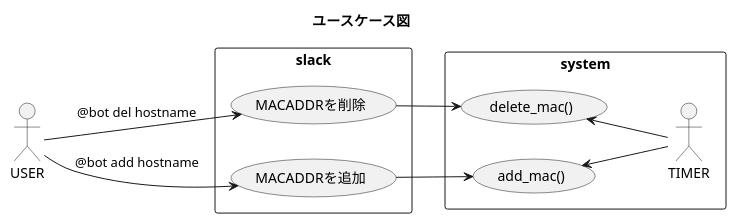
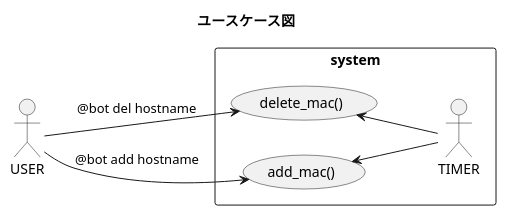
The sixth of 6 diagrams in figure.pu (hadacchi/as_control), drawn with PlantUML before and after one commit. The commit also changed other lines of this file and 2 other files, not shown here.

```diff
--- a/figure.pu
+++ b/figure.pu
@@ -48,20 +98,14 @@
 @startuml usecase
 left to right direction
 title ユースケース図
 actor USER as u
-rectangle slack {
-    usecase MACADDRを削除 as del
-    usecase MACADDRを追加 as add
-}
 rectangle system {
     actor TIMER as t
     usecase "delete_mac()" as del_func
     usecase "add_mac()" as add_func
 }
-u --> del: "@bot del hostname"
-u --> add: "@bot add hostname"
-del --> del_func
-add --> add_func
+u --> del_func: "@bot del hostname"
+u --> add_func: "@bot add hostname"
 del_func <-- t
 add_func <-- t
 @enduml
```
